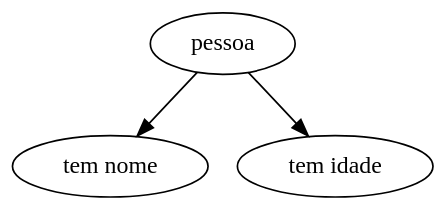
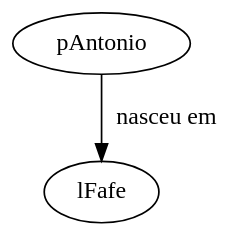
The diagram in EG/ExerciciosParaAvaliacao/Ex5/WebSite/x2.gv (MiguelCosta/EngenhariaDeLinguagens), drawn with Graphviz before and after one commit. The commit also changed 16 other files, not shown here.

```diff
--- a/EG/ExerciciosParaAvaliacao/Ex5/WebSite/x2.gv
+++ b/EG/ExerciciosParaAvaliacao/Ex5/WebSite/x2.gv
@@ -1,5 +1,5 @@
 
-		digraph mainmap2 {graph [bgcolor=transparent];"pessoa" [URL="conceito.php?conceito=pessoa"];
- "pessoa" -> "tem nome";
- "pessoa" -> "tem idade";
+digraph mainmap2 {graph [bgcolor=transparent];"pAntonio" [URL="instancia.php?instancia=pAntonio"];
+"lFafe" [URL="instancia.php?instancia=lFafe"];
+ "pAntonio" -> "lFafe" [label="nasceu em"];
 }
```
